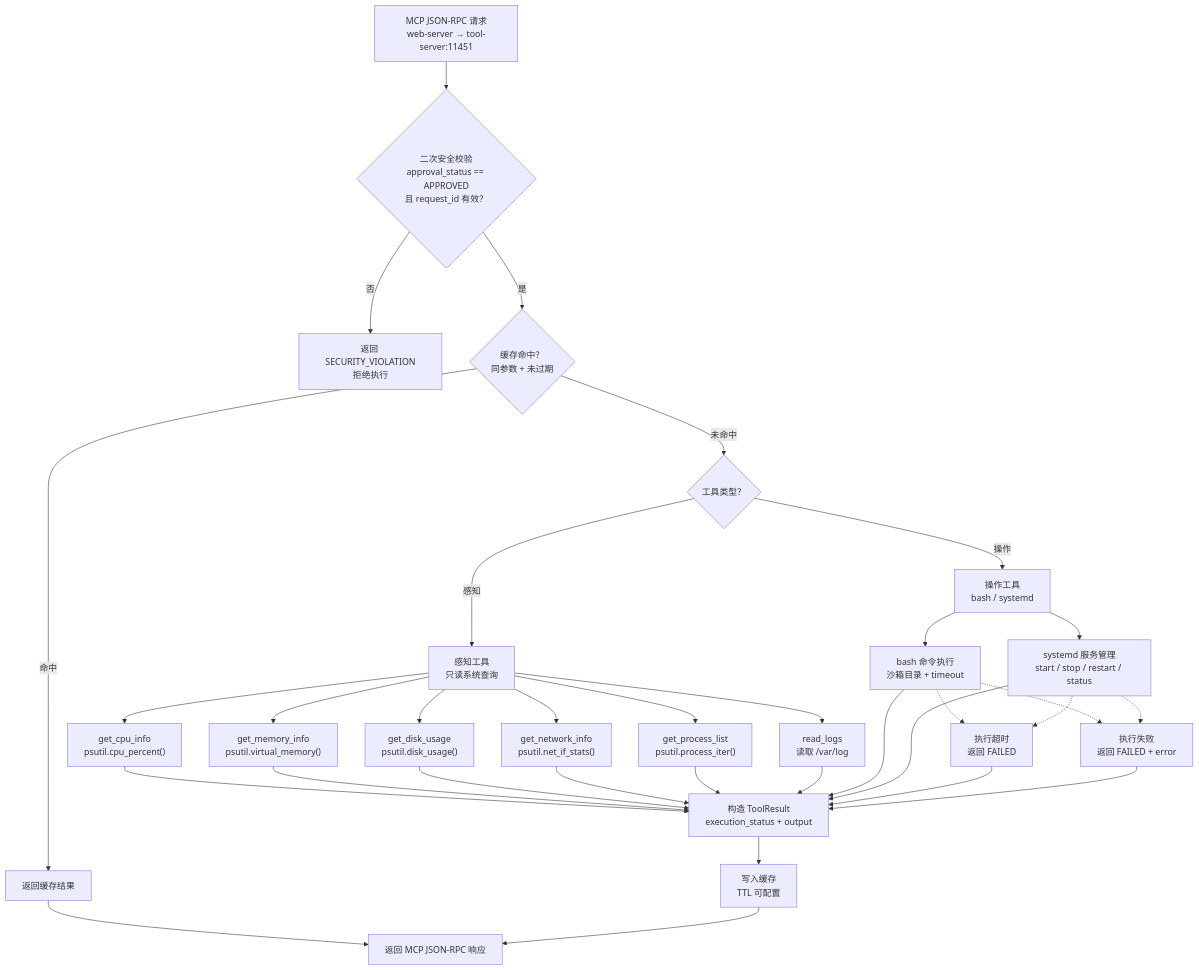
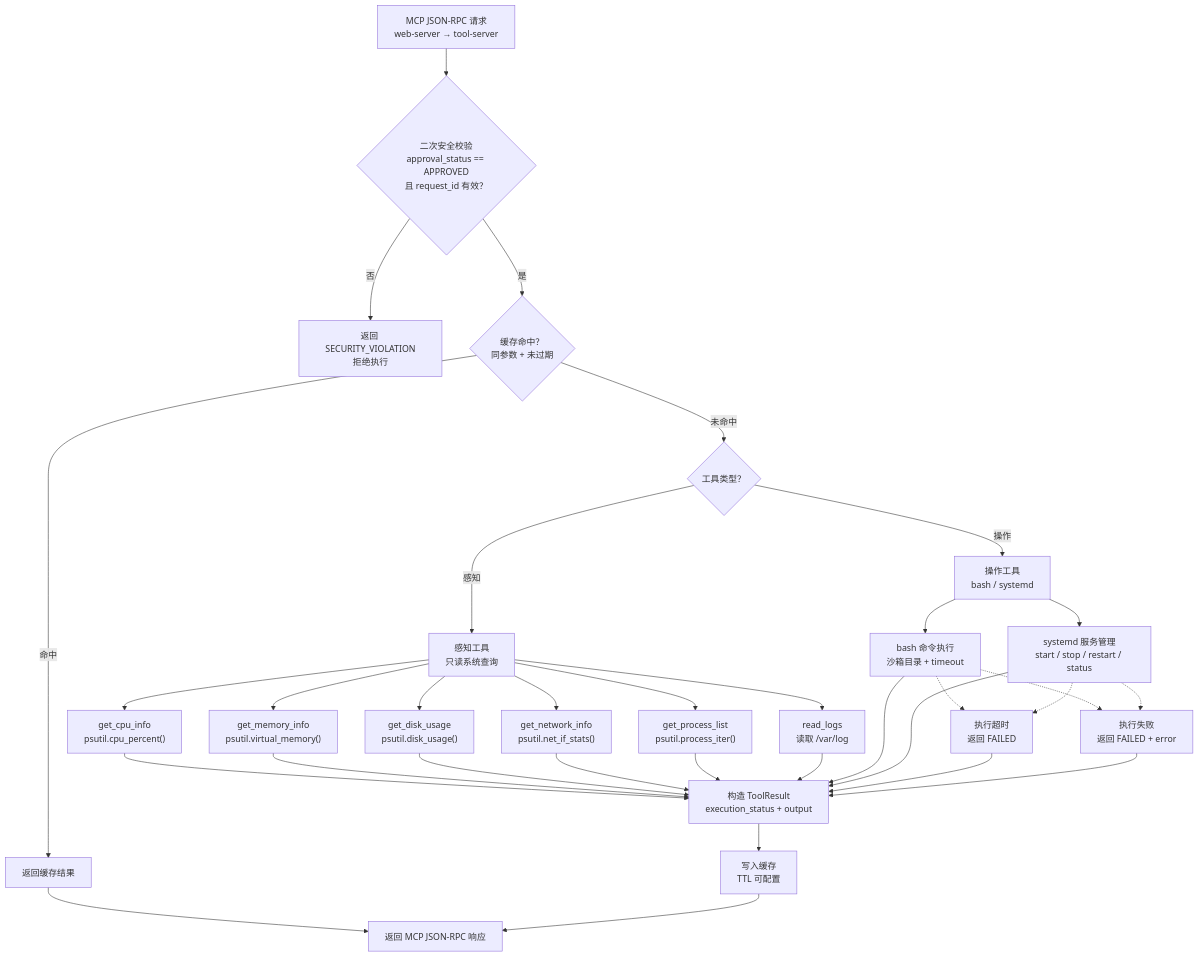
Before and after one commit to nazzeDe/alascup-agent: the first of 7 diagrams in tool-server/graph.md, drawn with Mermaid. The commit also changed 10 other files, not shown here.

First line of the commit message:
feat: add dev targets, migrate tool-server config to Pydantic with JSON file support

```diff
--- a/tool-server/graph.md
+++ b/tool-server/graph.md
@@ -9,7 +9,7 @@
     %% ============================================================
 
     %% ── 入口 ──
-    mcp_entry["MCP JSON-RPC 请求<br/>web-server → tool-server:11451"]
+    mcp_entry["MCP JSON-RPC 请求<br/>web-server → tool-server"]
 
     %% ── 安全校验 ──
     sec_approval{"二次安全校验<br/>approval_status == APPROVED<br/>且 request_id 有效？"}
```
